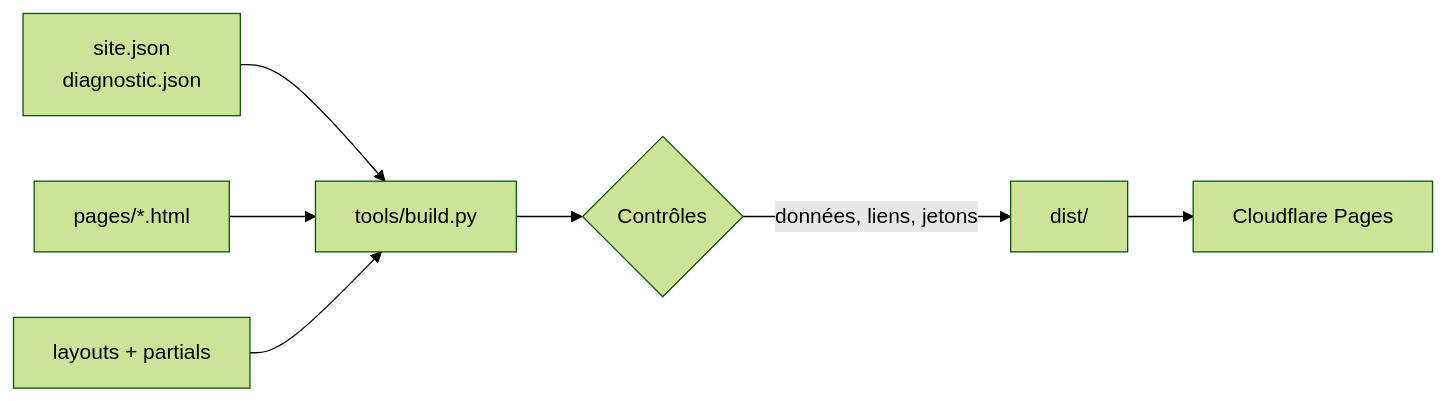
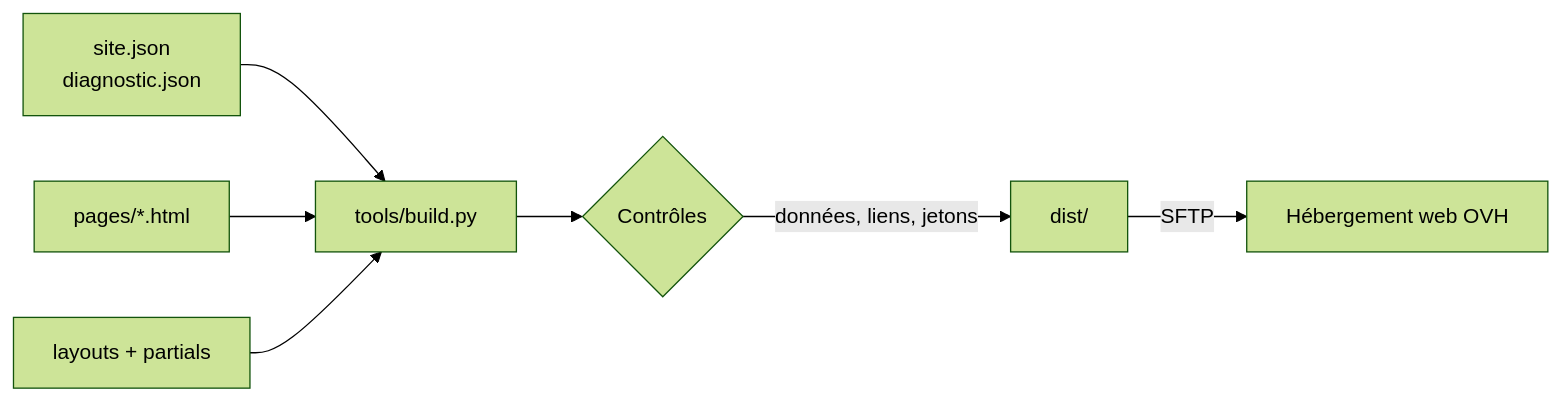
One commit to alexisbouchet6-del/amiprotek-site changed the diagram in README.md. Above: the diagram before and after it, drawn with Mermaid (forest theme). The commit also changed other lines of this file and 18 other files, not shown here.

````diff
--- a/README.md
+++ b/README.md
@@ -35,9 +37,9 @@
 ```mermaid
 flowchart LR
     A[site.json<br>diagnostic.json] --> B[tools/build.py]
     C[pages/*.html] --> B
     D[layouts + partials] --> B
     B --> E{Contrôles}
     E -->|données, liens, jetons| F[dist/]
-    F --> G[Cloudflare Pages]
+    F -->|SFTP| G[Hébergement web OVH]
 ```
````
